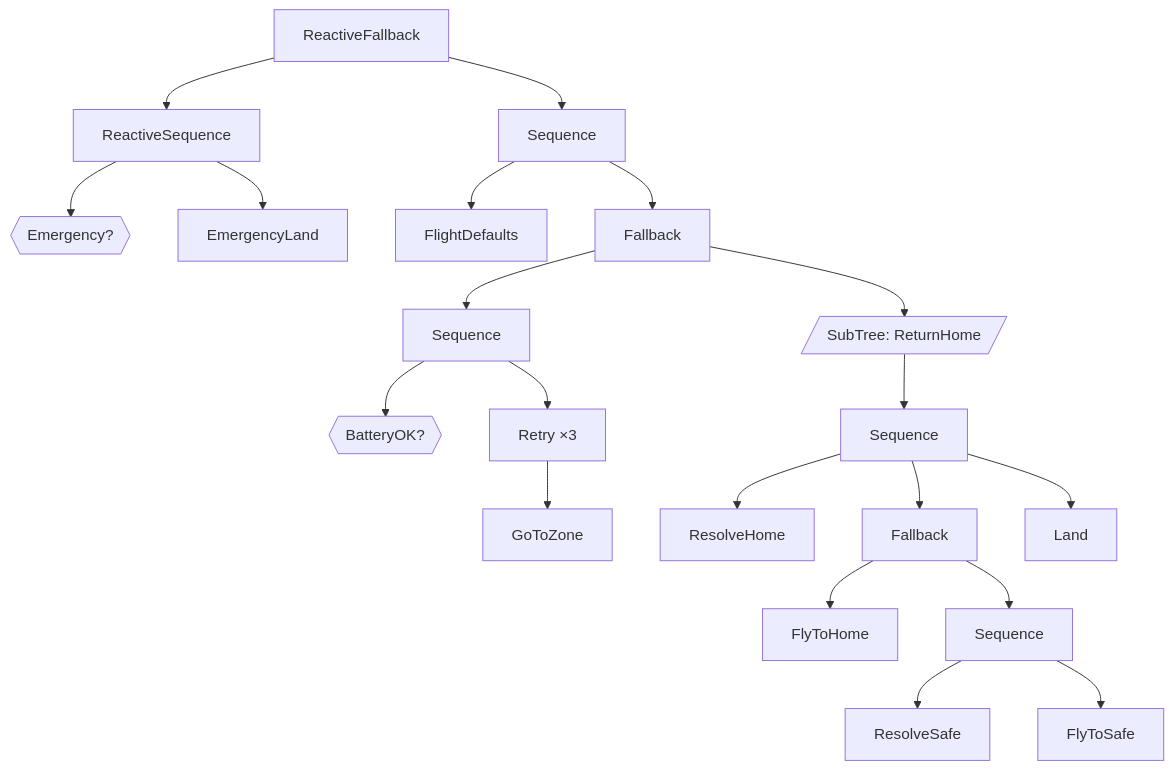
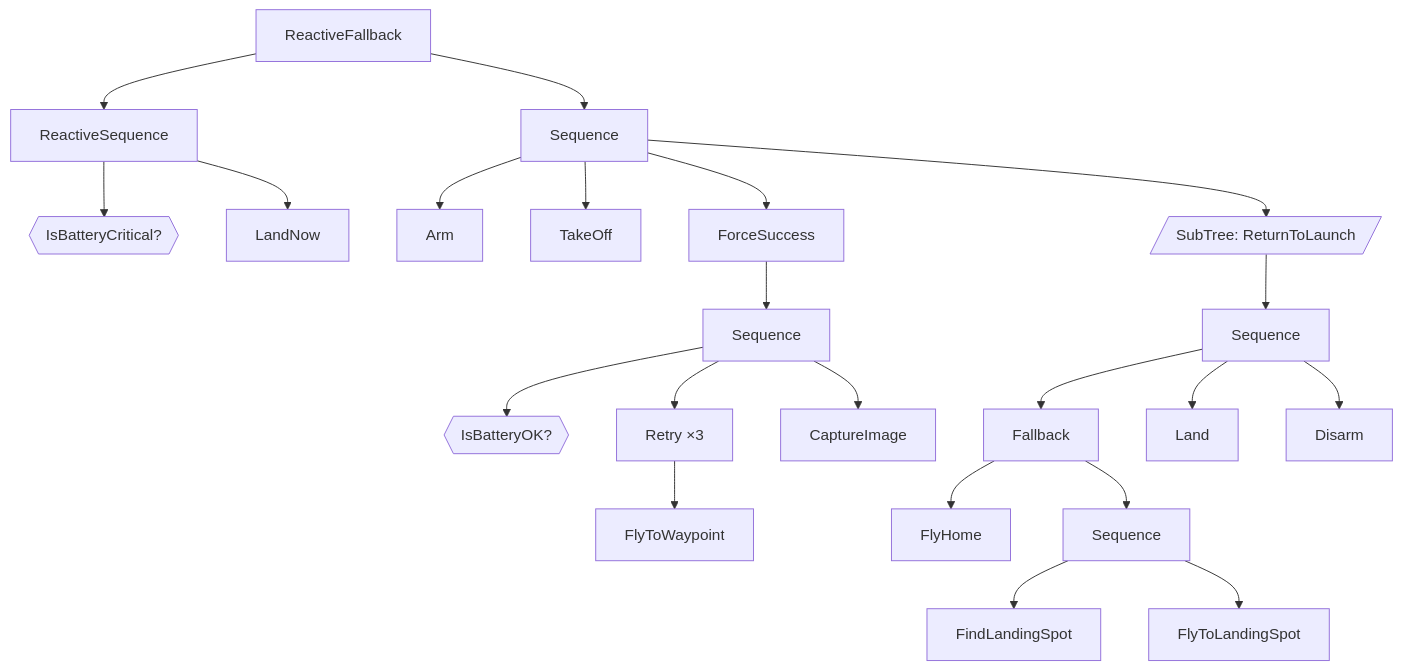
One commit to guilyx/beehave changed the first of 2 diagrams in docs/design/phase-1.md. Above: the diagram before and after it, drawn with Mermaid. The commit also changed other lines of this file and 13 other files, not shown here.

````diff
--- a/docs/design/phase-1.md
+++ b/docs/design/phase-1.md
@@ -46,22 +47,24 @@
 ```mermaid
 flowchart TD
     RF[ReactiveFallback] --> RS[ReactiveSequence]
     RF --> S1[Sequence]
-    RS --> E{{Emergency?}}
-    RS --> EL[EmergencyLand]
-    S1 --> FD[FlightDefaults]
-    S1 --> F1[Fallback]
-    F1 --> S2[Sequence]
-    F1 --> RH[/"SubTree: ReturnHome"/]
-    S2 --> B{{BatteryOK?}}
+    RS --> C1{{IsBatteryCritical?}}
+    RS --> LN[LandNow]
+    S1 --> AR[Arm]
+    S1 --> TO[TakeOff]
+    S1 --> FS[ForceSuccess]
+    S1 --> RTL[/"SubTree: ReturnToLaunch"/]
+    FS --> S2[Sequence]
+    S2 --> C2{{IsBatteryOK?}}
     S2 --> R["Retry ×3"]
-    R --> G[GoToZone]
-    RH --> S3[Sequence]
-    S3 --> RHo[ResolveHome]
-    S3 --> F2[Fallback]
-    S3 --> L[Land]
-    F2 --> FH[FlyToHome]
-    F2 --> S4[Sequence]
-    S4 --> RSa[ResolveSafe]
-    S4 --> FS[FlyToSafe]
+    S2 --> CI[CaptureImage]
+    R --> FW[FlyToWaypoint]
+    RTL --> S3[Sequence]
+    S3 --> F1[Fallback]
+    S3 --> LD[Land]
+    S3 --> DA[Disarm]
+    F1 --> FH[FlyHome]
+    F1 --> S4[Sequence]
+    S4 --> FL[FindLandingSpot]
+    S4 --> FT[FlyToLandingSpot]
 ```
````
